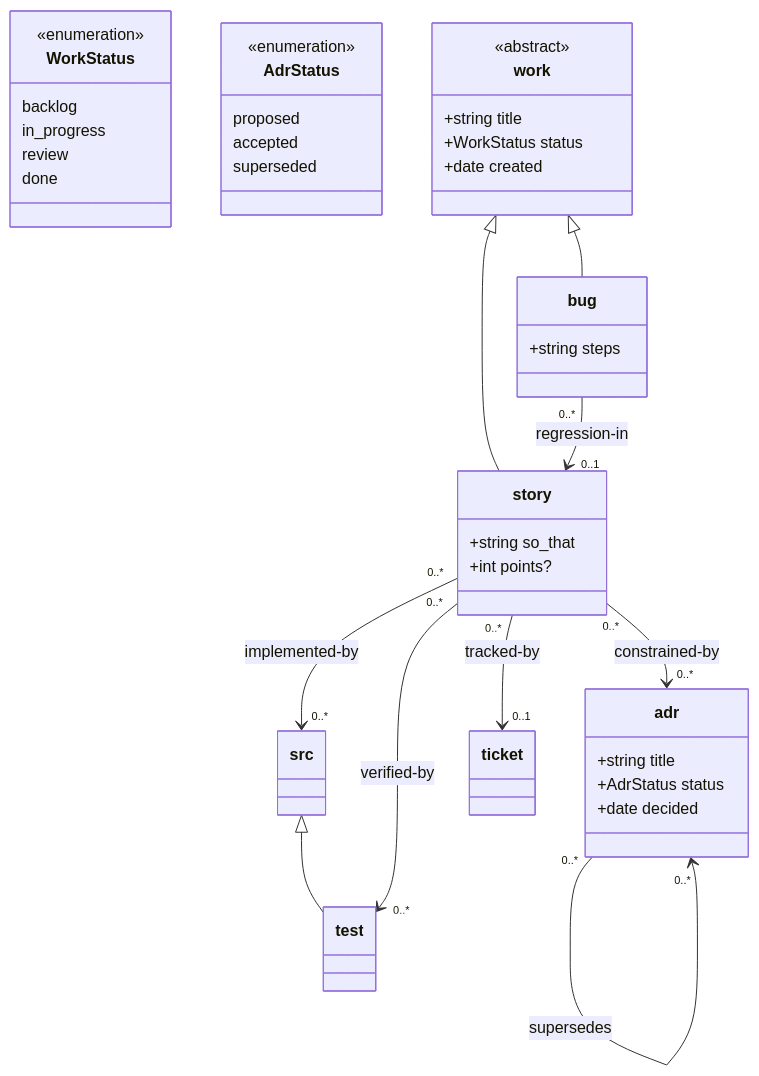
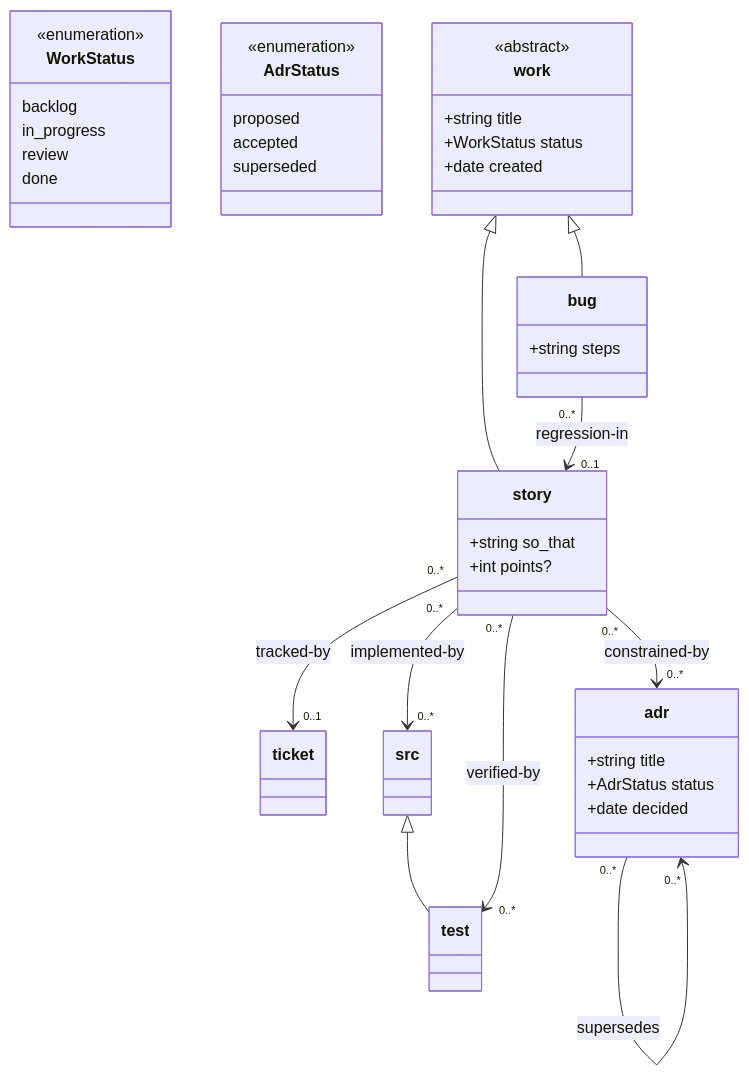
Before and after one commit to ai4ci/loom-cli: the first of 2 diagrams in skills/creating-a-loom-workflow/references/example-workflows.md, drawn with Mermaid. The commit also changed 6 other files, not shown here.

First line of the commit message:
docs: verify every model example parses under @prefix; fix mermaid comment-group parse error

````diff
--- a/skills/creating-a-loom-workflow/references/example-workflows.md
+++ b/skills/creating-a-loom-workflow/references/example-workflows.md
@@ -20,58 +20,59 @@
 ```mermaid
 classDiagram
     %% @prefix story: <repo:design/stories/> .
     %% @prefix bug: <repo:design/bugs/> .
     %% @prefix adr: <repo:design/decisions/> .
     %% @prefix src: <repo:src/> .
     %% @prefix test: <repo:test/> .
     %% @prefix ticket: <https://github.com/my-org/my-repo/issues/> .
+    class ticket
     class WorkStatus {
         <<enumeration>>
         backlog
         in_progress
         review
         done
     }
 
     class AdrStatus {
         <<enumeration>>
         proposed
         accepted
         superseded
     }
 
     class work {
         <<abstract>>
         +string title
         +WorkStatus status
         +date created
     }
 
     class story {
         +string so_that
         +int points?
     }
 
     class bug {
         +string steps
     }
 
     class adr {
         +string title
         +AdrStatus status
         +date decided
     }
 
     class test
 
     work <|-- story
     work <|-- bug
     src <|-- test
 
     story "0..*" --> "0..*" adr : constrained-by
     bug "0..*" --> "0..1" story : regression-in
     story "0..*" --> "0..*" src : implemented-by
     story "0..*" --> "0..*" test : verified-by
     story "0..*" --> "0..1" ticket : tracked-by
     adr "0..*" --> "0..*" adr : supersedes
 ```
````
